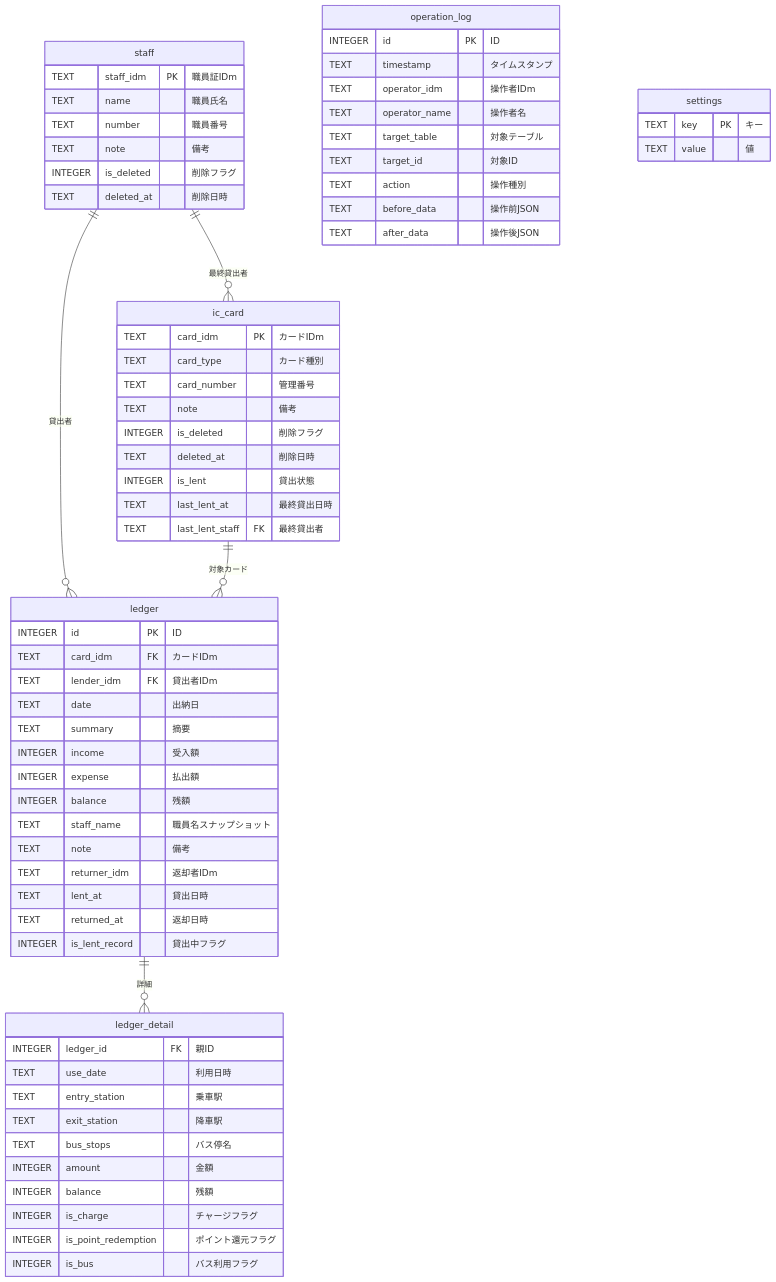
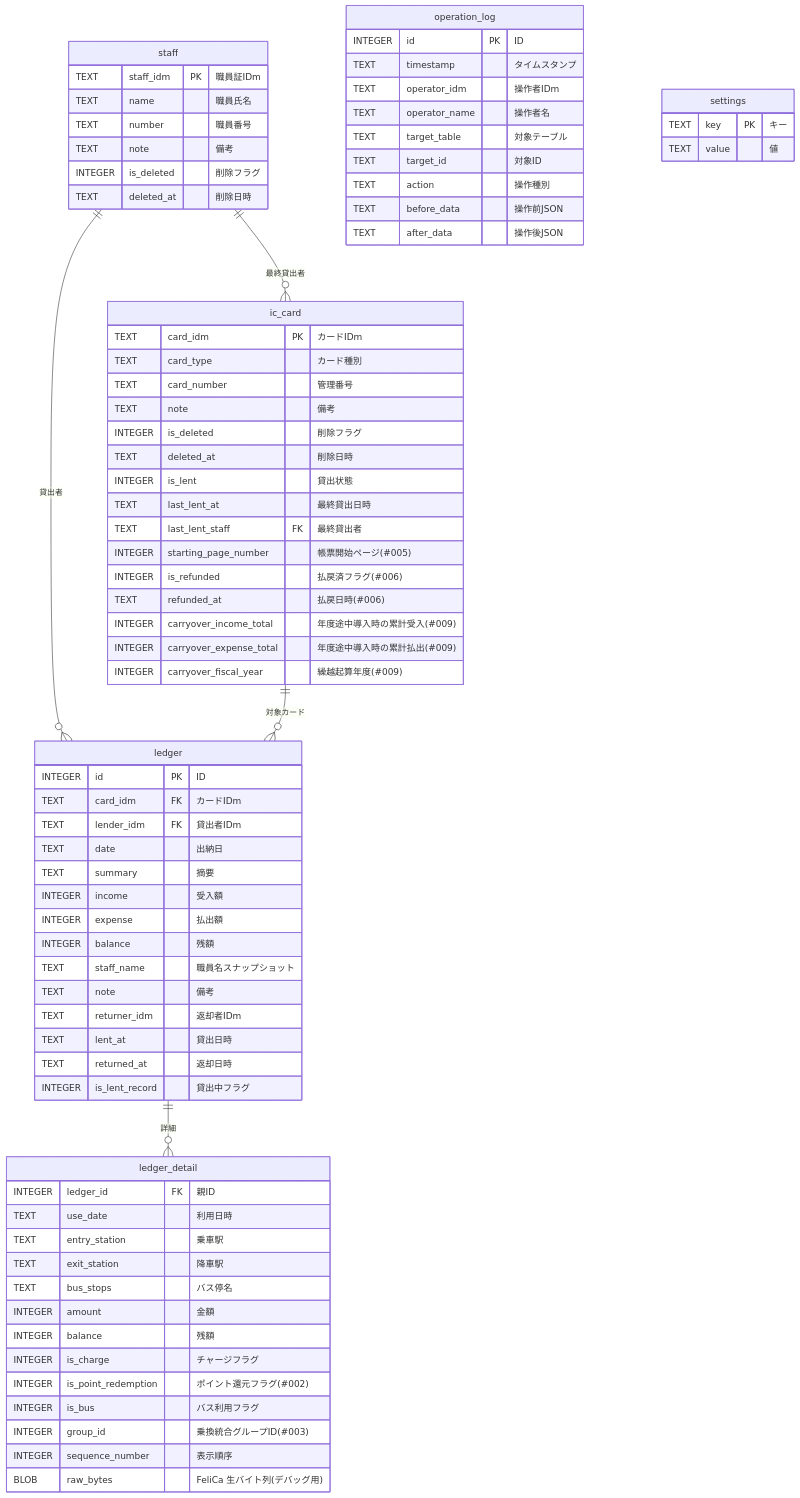
Before and after one commit to kuwayamamasayuki/ICCardManager: the fourth of 7 diagrams in ICCardManager/docs/manual/開発者ガイド.md, drawn with Mermaid. The commit also changed other lines of this file, not shown here.

```diff
--- a/ICCardManager/docs/manual/開発者ガイド.md
+++ b/ICCardManager/docs/manual/開発者ガイド.md
@@ -273,6 +421,12 @@
         INTEGER is_lent "貸出状態"
         TEXT last_lent_at "最終貸出日時"
         TEXT last_lent_staff FK "最終貸出者"
+        INTEGER starting_page_number "帳票開始ページ(#005)"
+        INTEGER is_refunded "払戻済フラグ(#006)"
+        TEXT refunded_at "払戻日時(#006)"
+        INTEGER carryover_income_total "年度途中導入時の累計受入(#009)"
+        INTEGER carryover_expense_total "年度途中導入時の累計払出(#009)"
+        INTEGER carryover_fiscal_year "繰越起算年度(#009)"
     }
 
     ledger {
@@ -301,8 +455,11 @@
         INTEGER amount "金額"
         INTEGER balance "残額"
         INTEGER is_charge "チャージフラグ"
-        INTEGER is_point_redemption "ポイント還元フラグ"
+        INTEGER is_point_redemption "ポイント還元フラグ(#002)"
         INTEGER is_bus "バス利用フラグ"
+        INTEGER group_id "乗換統合グループID(#003)"
+        INTEGER sequence_number "表示順序"
+        BLOB raw_bytes "FeliCa 生バイト列(デバッグ用)"
     }
 
     operation_log {
```
